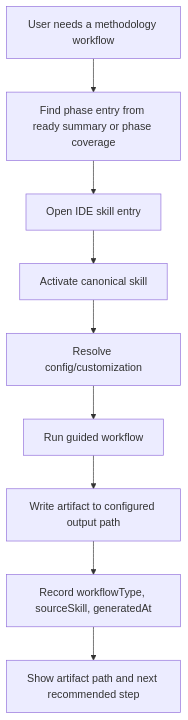
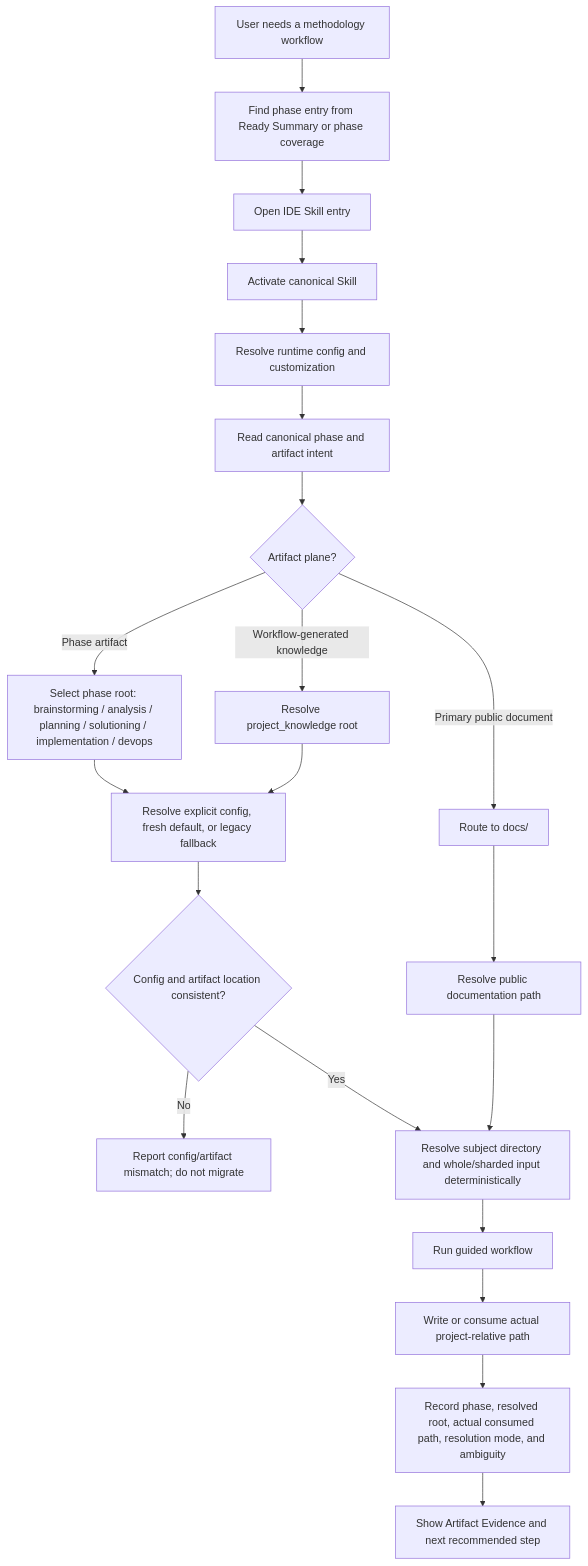
The third of 4 diagrams in _bmad-output/planning-artifacts/ux-design-specification.md (flanliulf/SpecLite), drawn with Mermaid before and after one commit. The commit also changed other lines of this file and 37 other files, not shown here.

````diff
--- a/_bmad-output/planning-artifacts/ux-design-specification.md
+++ b/_bmad-output/planning-artifacts/ux-design-specification.md
@@ -567,11 +615,27 @@
 ```mermaid
 flowchart TD
-  A["User needs a methodology workflow"] --> B["Find phase entry from ready summary or phase coverage"]
-  B --> C["Open IDE skill entry"]
-  C --> D["Activate canonical skill"]
-  D --> E["Resolve config/customization"]
-  E --> F["Run guided workflow"]
-  F --> G["Write artifact to configured output path"]
-  G --> H["Record workflowType, sourceSkill, generatedAt"]
-  H --> I["Show artifact path and next recommended step"]
+  A["User needs a methodology workflow"] --> B["Find phase entry from Ready Summary or phase coverage"]
+  B --> C["Open IDE Skill entry"]
+  C --> D["Activate canonical Skill"]
+  D --> E["Resolve runtime config and customization"]
+  E --> F["Read canonical phase and artifact intent"]
+  F --> G{"Artifact plane?"}
+
+  G -- "Phase artifact" --> H["Select phase root: brainstorming / analysis / planning / solutioning / implementation / devops"]
+  G -- "Workflow-generated knowledge" --> I["Resolve project_knowledge root"]
+  G -- "Primary public document" --> J["Route to docs/"]
+
+  H --> K["Resolve explicit config, fresh default, or legacy fallback"]
+  I --> K
+  J --> L["Resolve public documentation path"]
+
+  K --> M{"Config and artifact location consistent?"}
+  M -- "No" --> N["Report config/artifact mismatch; do not migrate"]
+  M -- "Yes" --> O["Resolve subject directory and whole/sharded input deterministically"]
+  L --> O
+
+  O --> P["Run guided workflow"]
+  P --> Q["Write or consume actual project-relative path"]
+  Q --> R["Record phase, resolved root, actual consumed path, resolution mode, and ambiguity"]
+  R --> S["Show Artifact Evidence and next recommended step"]
 ```
````
